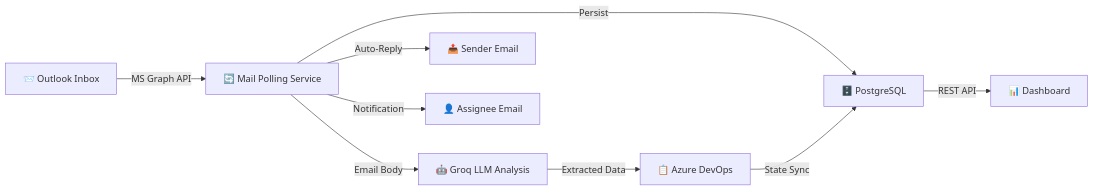
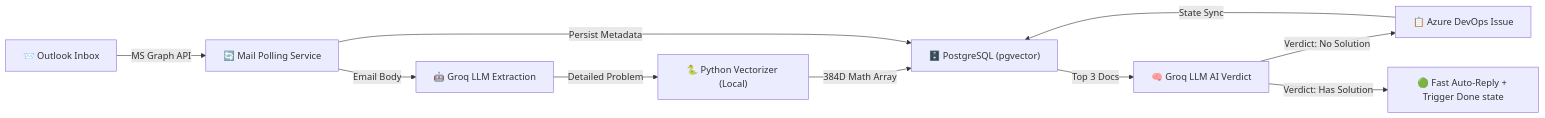
Before and after one commit to yessine18/Outlook-TFS-automation: the diagram in README.md, drawn with Mermaid. The commit also changed other lines of this file, not shown here.

````diff
--- a/README.md
+++ b/README.md
@@ -17,11 +19,14 @@
 ```mermaid
 flowchart LR
     A["📨 Outlook Inbox"] -->|MS Graph API| B["🔄 Mail Polling Service"]
-    B -->|Email Body| C["🤖 Groq LLM Analysis"]
-    C -->|Extracted Data| D["📋 Azure DevOps"]
-    B -->|Persist| E["🗄️ PostgreSQL"]
-    D -->|State Sync| E
-    B -->|Auto-Reply| F["📤 Sender Email"]
-    B -->|Notification| G["👤 Assignee Email"]
-    E -->|REST API| H["📊 Dashboard"]
+    B -->|Email Body| C["🤖 Groq LLM Extraction"]
+    C -->|Detailed Problem| D["🐍 Python Vectorizer (Local)"]
+    D -->|384D Math Array| E["🗄️ PostgreSQL (pgvector)"]
+    E -->|Top 3 Docs| F["🧠 Groq LLM AI Verdict"]
+    
+    F -->|Verdict: No Solution| G["📋 Azure DevOps Issue"]
+    F -->|Verdict: Has Solution| H["🟢 Fast Auto-Reply + Trigger Done state"]
+    
+    G -->|State Sync| E
+    B -->|Persist Metadata| E
 ```
````
